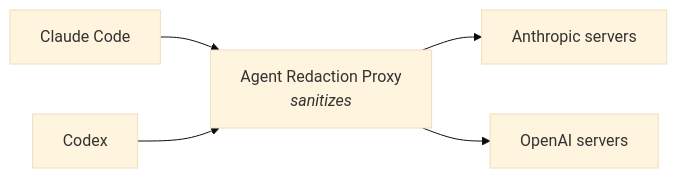
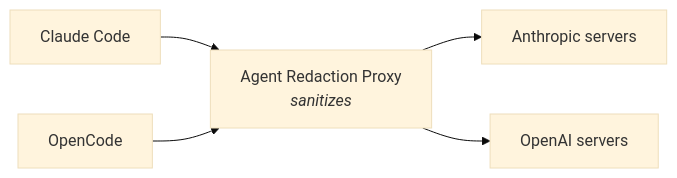
Before and after one commit to hamza-cskn/AgentRedactionProxy: the diagram in README.md, drawn with Mermaid (base theme).

````diff
--- a/README.md
+++ b/README.md
@@ -5,9 +5,9 @@
 ```mermaid
 flowchart LR
     Interface["Claude Code"] --> Proxy["Agent Redaction Proxy"]
     Proxy --> Vendor["Anthropic servers"]
-    Interface2["Codex"] --> Proxy["`Agent Redaction Proxy
+    Interface2["OpenCode"] --> Proxy["`Agent Redaction Proxy
     *sanitizes*
 `"]
     Proxy --> Vendor2["OpenAI servers"]
 ```
````
